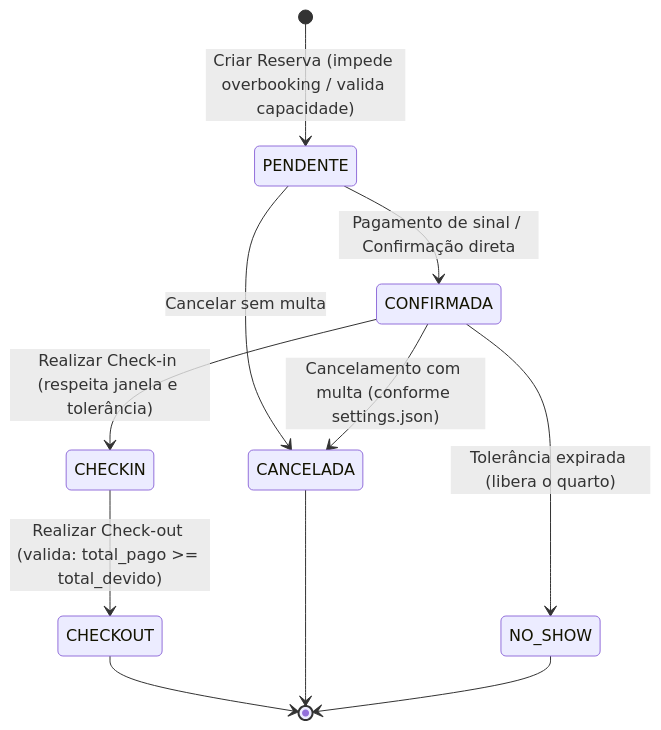
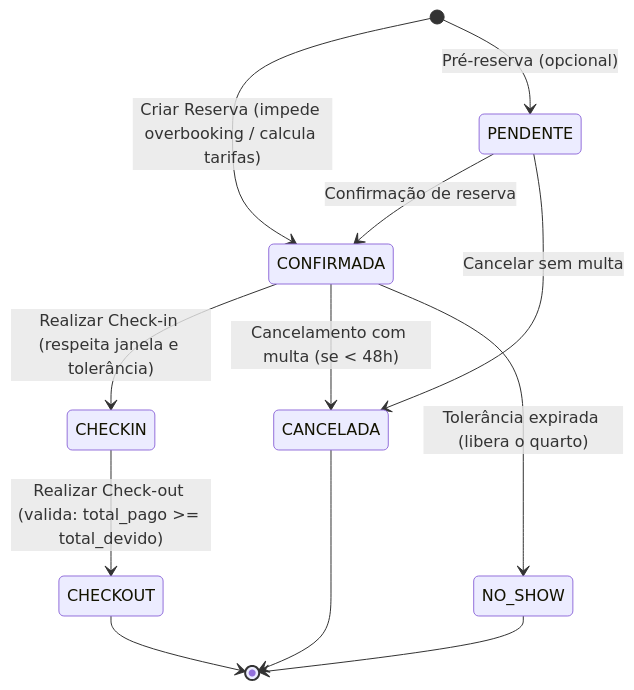
Diagram 21 of 23 in docs/uml_diagram.md (WandersonLobo/Sistema-de-Reserva-de-Hotel), drawn with Mermaid before and after one commit. The commit also changed other lines of this file and 1 other file, not shown here.

Commit message:
docs: update UML documentation to reflect class name changes from mixins to concrete classes

````diff
--- a/docs/uml_diagram.md
+++ b/docs/uml_diagram.md
@@ -868,17 +864,17 @@
 ```mermaid
 stateDiagram-v2
-    [*] --> PENDENTE: Criar Reserva (impede overbooking / valida capacidade)
-    
-    PENDENTE --> CONFIRMADA: Pagamento de sinal / Confirmação direta
+    [*] --> CONFIRMADA: Criar Reserva (impede overbooking / calcula tarifas)
+    [*] --> PENDENTE: Pré-reserva (opcional)
+    PENDENTE --> CONFIRMADA: Confirmação de reserva
     PENDENTE --> CANCELADA: Cancelar sem multa
     
     CONFIRMADA --> CHECKIN: Realizar Check-in (respeita janela e tolerância)
-    CONFIRMADA --> CANCELADA: Cancelamento com multa (conforme settings.json)
+    CONFIRMADA --> CANCELADA: Cancelamento com multa (se < 48h)
     CONFIRMADA --> NO_SHOW: Tolerância expirada (libera o quarto)
     
     CHECKIN --> CHECKOUT: Realizar Check-out (valida: total_pago >= total_devido)
     
     CHECKOUT --> [*]
     CANCELADA --> [*]
     NO_SHOW --> [*]
 ```
````
